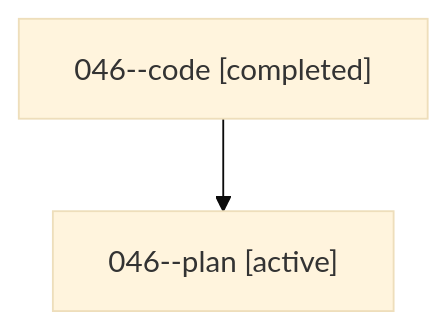
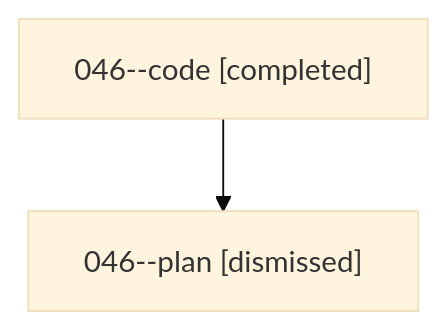
The diagram in sessions/bbugyi200.athena.046.md (sase-org/sase--agents), drawn with Mermaid (base theme) before and after one commit. The commit also changed other lines of this file and 31 other files, not shown here.

````diff
--- a/sessions/bbugyi200.athena.046.md
+++ b/sessions/bbugyi200.athena.046.md
@@ -9,6 +9,6 @@
 ```mermaid
 flowchart TD
   n0["046--code [completed]"]
-  n1["046--plan [active]"]
+  n1["046--plan [dismissed]"]
   n0 --> n1
 ```
````
